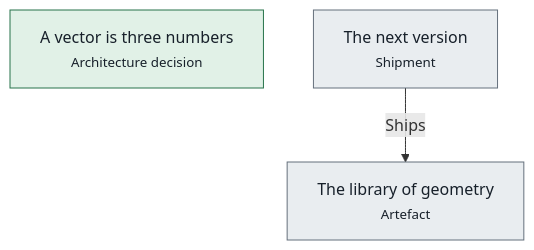
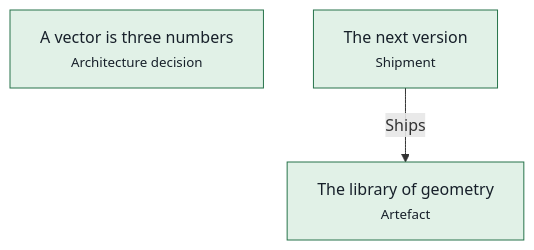
The diagram in libs/geometry/docs/pipelines.md (advancedcognitivesystems-ai/trame), drawn with Mermaid before and after one commit. The commit also changed other lines of this file and 92 other files, not shown here.

````diff
--- a/libs/geometry/docs/pipelines.md
+++ b/libs/geometry/docs/pipelines.md
@@ -13,12 +13,12 @@
 ```mermaid
 flowchart TB
-  n0["The library of geometry<br/><small>Artefact</small>"]:::unknown
+  n0["The library of geometry<br/><small>Artefact</small>"]:::held
   n1["A vector is three numbers<br/><small>Architecture decision</small>"]:::held
-  n2["The next version<br/><small>Shipment</small>"]:::unknown
+  n2["The next version<br/><small>Shipment</small>"]:::held
   n2 -->|Ships| n0
   classDef held fill:#e1f1e7,stroke:#26734a,color:#17202a
   classDef blocked fill:#fbf0d9,stroke:#9a6200,color:#17202a
   classDef violated fill:#f9e3e1,stroke:#ad2a22,color:#17202a
   classDef unknown fill:#e9edf0,stroke:#65707c,color:#17202a
   classDef neutral fill:#ffffff,stroke:#5a6672,color:#17202a
 ```
````
